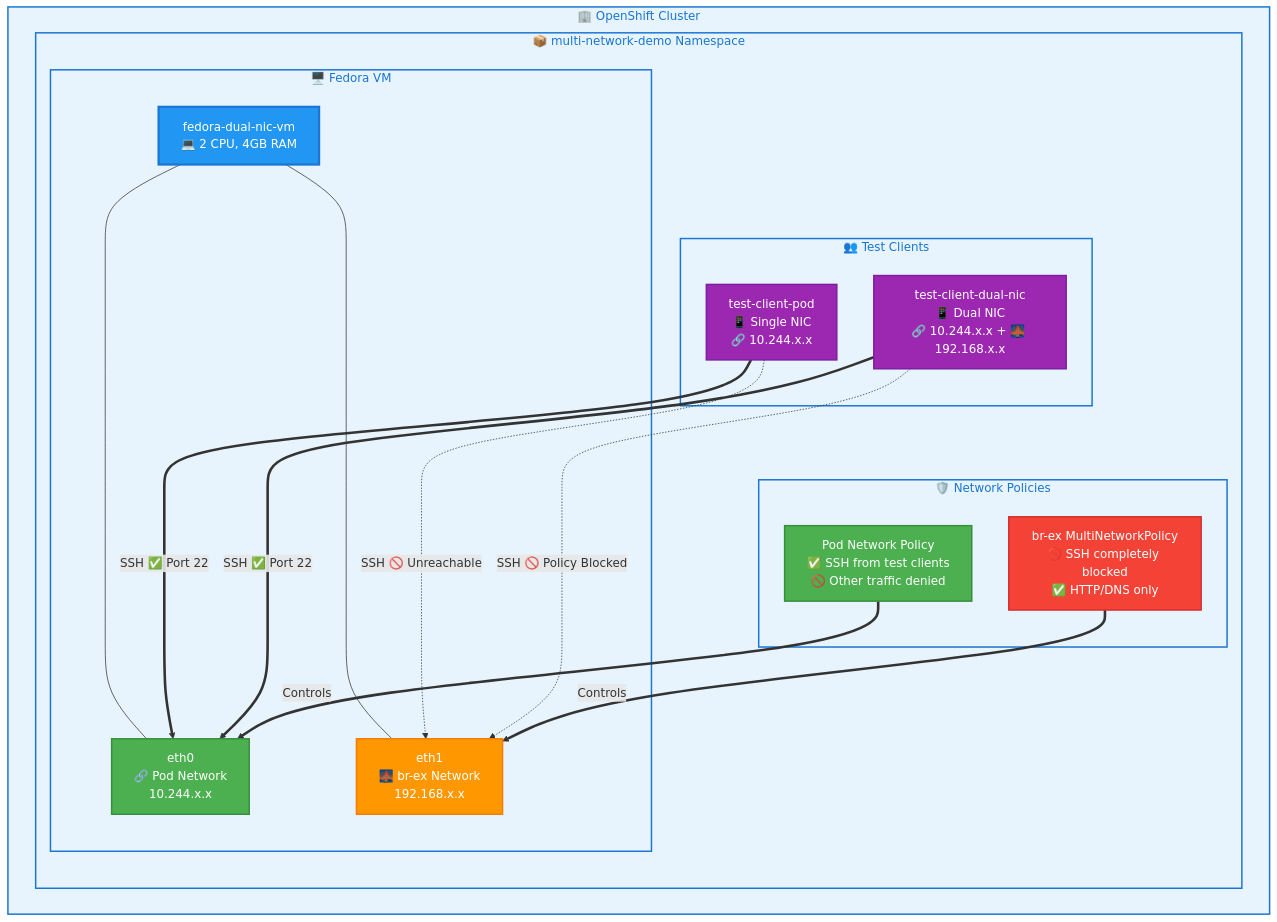
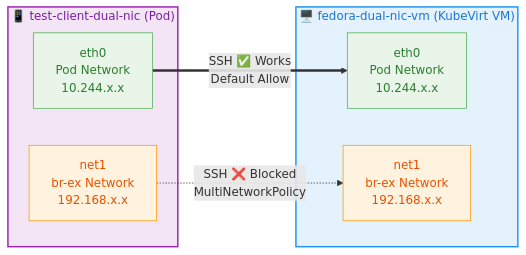
One commit to epheo/multi-network-policies-demo changed the diagram in README.md. Above: the diagram before and after it, drawn with Mermaid. The commit also changed other lines of this file and 13 other files, not shown here.

Commit message:
Clean up redundant network policies

````diff
--- a/README.md
+++ b/README.md
@@ -10,56 +10,29 @@
 ```mermaid
-graph TD
-    subgraph CLUSTER["🏢 OpenShift Cluster"]
-        subgraph NS["📦 multi-network-demo Namespace"]
-            
-            subgraph VM_GROUP["🖥️ Fedora VM"]
-                VM[fedora-dual-nic-vm<br/>💻 2 CPU, 4GB RAM]
-                VM --- NIC1[eth0<br/>🔗 Pod Network<br/>10.244.x.x]
-                VM --- NIC2[eth1<br/>🌉 br-ex Network<br/>192.168.x.x]
-            end
-            
-            VM_GROUP ~~~ CLIENT_GROUP
-            
-            subgraph CLIENT_GROUP["👥 Test Clients"]
-                CLIENT1[test-client-pod<br/>📱 Single NIC<br/>🔗 10.244.x.x]
-                CLIENT2[test-client-dual-nic<br/>📱 Dual NIC<br/>🔗 10.244.x.x + 🌉 192.168.x.x]
-            end
-            
-            CLIENT_GROUP ~~~ POLICY_GROUP
-            
-            subgraph POLICY_GROUP["🛡️ Network Policies"]
-                PODPOL[Pod Network Policy<br/>✅ SSH from test clients<br/>🚫 Other traffic denied]
-                BREXPOL[br-ex MultiNetworkPolicy<br/>🚫 SSH completely blocked<br/>✅ HTTP/DNS only]
-            end
-        end
+graph LR
+    %% VM Component with interfaces
+    subgraph VM["🖥️ fedora-dual-nic-vm (KubeVirt VM)"]
+        VM_ETH0[eth0<br/>Pod Network<br/>10.244.x.x]
+        VM_NET1[net1<br/>br-ex Network<br/>192.168.x.x]
     end
     
-    %% SSH Success Flows (Green)
-    CLIENT1 ==>|SSH ✅ Port 22| NIC1
-    CLIENT2 ==>|SSH ✅ Port 22| NIC1
+    %% Client Component with interfaces
+    subgraph CLIENT["📱 test-client-dual-nic (Pod)"]
+        CLIENT_ETH0[eth0<br/>Pod Network<br/>10.244.x.x]
+        CLIENT_NET1[net1<br/>br-ex Network<br/>192.168.x.x]
+    end
     
-    %% SSH Blocked Flows (Red)
-    CLIENT1 -.->|SSH 🚫 Unreachable| NIC2
-    CLIENT2 -.->|SSH 🚫 Policy Blocked| NIC2
+    %% Traffic flows
+    CLIENT_ETH0 ==>|SSH ✅ Works<br/>Default Allow| VM_ETH0
+    CLIENT_NET1 -.->|SSH ❌ Blocked<br/>MultiNetworkPolicy| VM_NET1
     
-    %% Policy Control
-    PODPOL ==>|Controls| NIC1
-    BREXPOL ==>|Controls| NIC2
-    
-    %% Enhanced Styling
-    classDef vmStyle fill:#2196f3,stroke:#1976d2,stroke-width:3px,color:#fff
-    classDef nicPodStyle fill:#4caf50,stroke:#388e3c,stroke-width:2px,color:#fff
-    classDef nicBrexStyle fill:#ff9800,stroke:#f57c00,stroke-width:2px,color:#fff
-    classDef clientStyle fill:#9c27b0,stroke:#7b1fa2,stroke-width:2px,color:#fff
-    classDef policyAllowStyle fill:#4caf50,stroke:#388e3c,stroke-width:2px,color:#fff
-    classDef policyBlockStyle fill:#f44336,stroke:#d32f2f,stroke-width:2px,color:#fff
-    classDef groupStyle fill:#e8f4fd,stroke:#1976d2,stroke-width:2px,color:#1976d2
+    %% Styling
+    classDef vmStyle fill:#e3f2fd,stroke:#2196f3,stroke-width:2px,color:#1976d2
+    classDef clientStyle fill:#f3e5f5,stroke:#9c27b0,stroke-width:2px,color:#7b1fa2
+    classDef podInterfaceStyle fill:#e8f5e8,stroke:#4caf50,stroke-width:1px,color:#2e7d32
+    classDef brexInterfaceStyle fill:#fff3e0,stroke:#ff9800,stroke-width:1px,color:#e65100
     
     class VM vmStyle
-    class NIC1 nicPodStyle
-    class NIC2 nicBrexStyle
-    class CLIENT1,CLIENT2 clientStyle
-    class PODPOL policyAllowStyle
-    class BREXPOL policyBlockStyle
-    class VM_GROUP,CLIENT_GROUP,POLICY_GROUP,NS,CLUSTER groupStyle
+    class CLIENT clientStyle
+    class VM_ETH0,CLIENT_ETH0 podInterfaceStyle
+    class VM_NET1,CLIENT_NET1 brexInterfaceStyle
 ```
````
